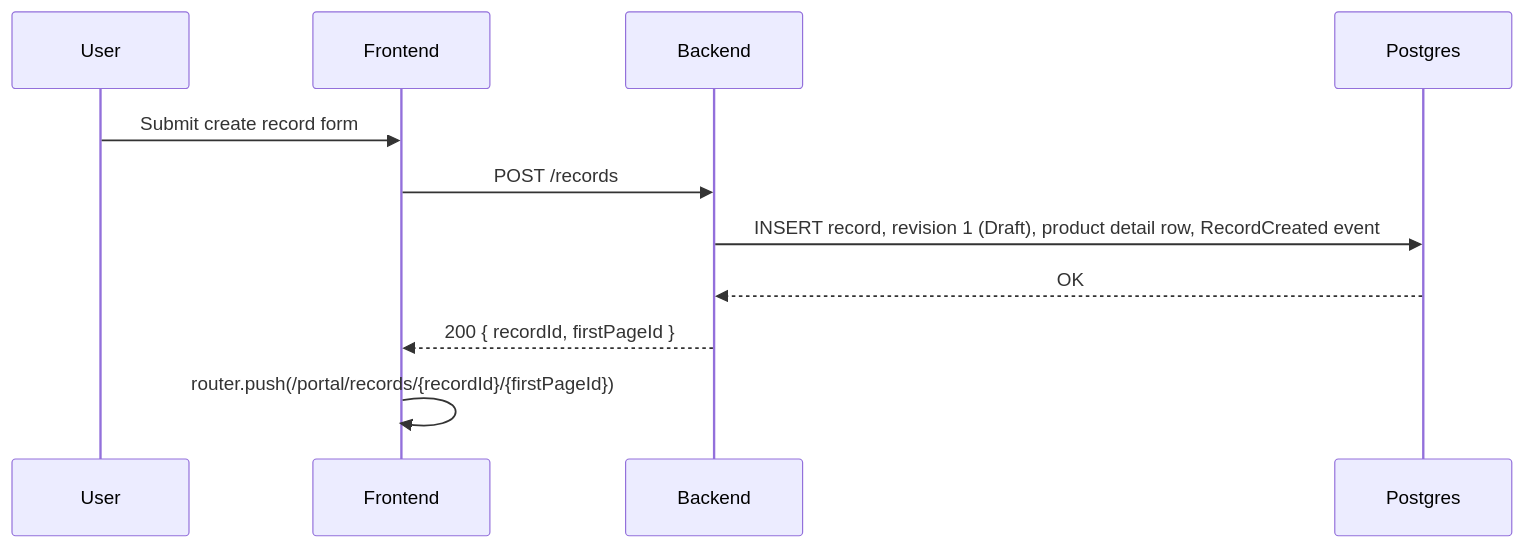
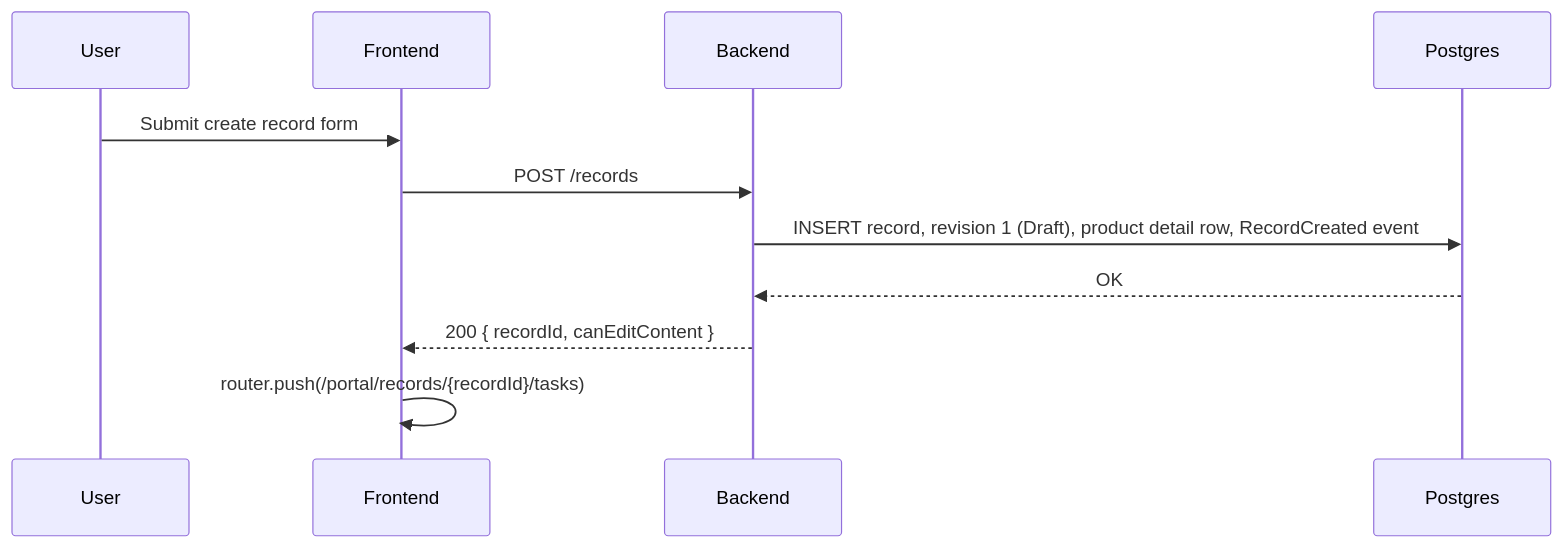
The fourth of 6 diagrams in documentation/form-generation/high-level-design.md (ditnice/aws-UKPS), drawn with Mermaid before and after one commit. The commit also changed other lines of this file and 27 other files, not shown here.

Commit message:
Make the task list the root of the record form journey and replace firstPageId with canEditContent

````diff
--- a/documentation/form-generation/high-level-design.md
+++ b/documentation/form-generation/high-level-design.md
@@ -432,13 +434,13 @@
 ```mermaid
 sequenceDiagram
     participant U as User
     participant F as Frontend
     participant B as Backend
     participant P as Postgres
     U->>F: Submit create record form
     F->>B: POST /records
     B->>P: INSERT record, revision 1 (Draft), product detail row, RecordCreated event
     P-->>B: OK
-    B-->>F: 200 { recordId, firstPageId }
-    F->>F: router.push(/portal/records/{recordId}/{firstPageId})
+    B-->>F: 200 { recordId, canEditContent }
+    F->>F: router.push(/portal/records/{recordId}/tasks)
 ```
````
